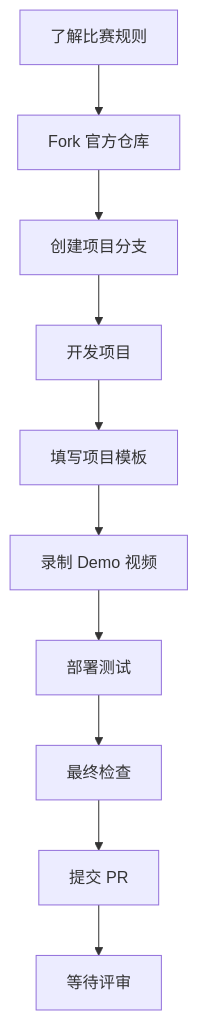
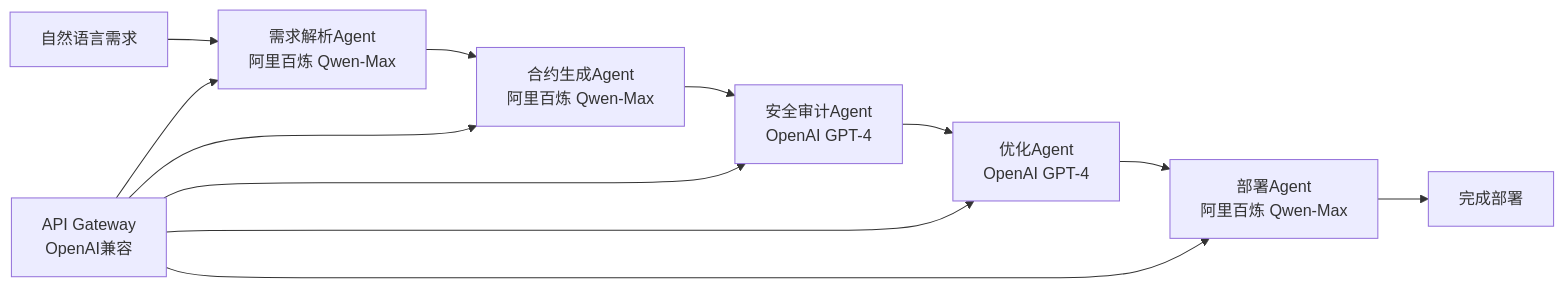
Before and after one commit to xyl2004/ETHShanghai-2025: the first of 3 diagrams in README.md, drawn with Mermaid. The commit also changed other lines of this file, not shown here.

````diff
--- a/README.md
+++ b/README.md
@@ -5,12 +31,15 @@
 ```mermaid
-graph TD
-    A[了解比赛规则] --> B[Fork 官方仓库]
-    B --> C[创建项目分支]
-    C --> D[开发项目]
-    D --> E[填写项目模板]
-    E --> F[录制 Demo 视频]
-    F --> G[部署测试]
-    G --> H[最终检查]
-    H --> I[提交 PR]
-    I --> J[等待评审]
+graph LR
+    A[自然语言需求] --> B[需求解析Agent<br/>阿里百炼 Qwen-Max]
+    B --> C[合约生成Agent<br/>阿里百炼 Qwen-Max]
+    C --> D[安全审计Agent<br/>OpenAI GPT-4]
+    D --> E[优化Agent<br/>OpenAI GPT-4]
+    E --> F[部署Agent<br/>阿里百炼 Qwen-Max]
+    F --> G[完成部署]
+    
+    H[API Gateway<br/>OpenAI兼容] --> B
+    H --> C
+    H --> D
+    H --> E
+    H --> F
 ```
````
